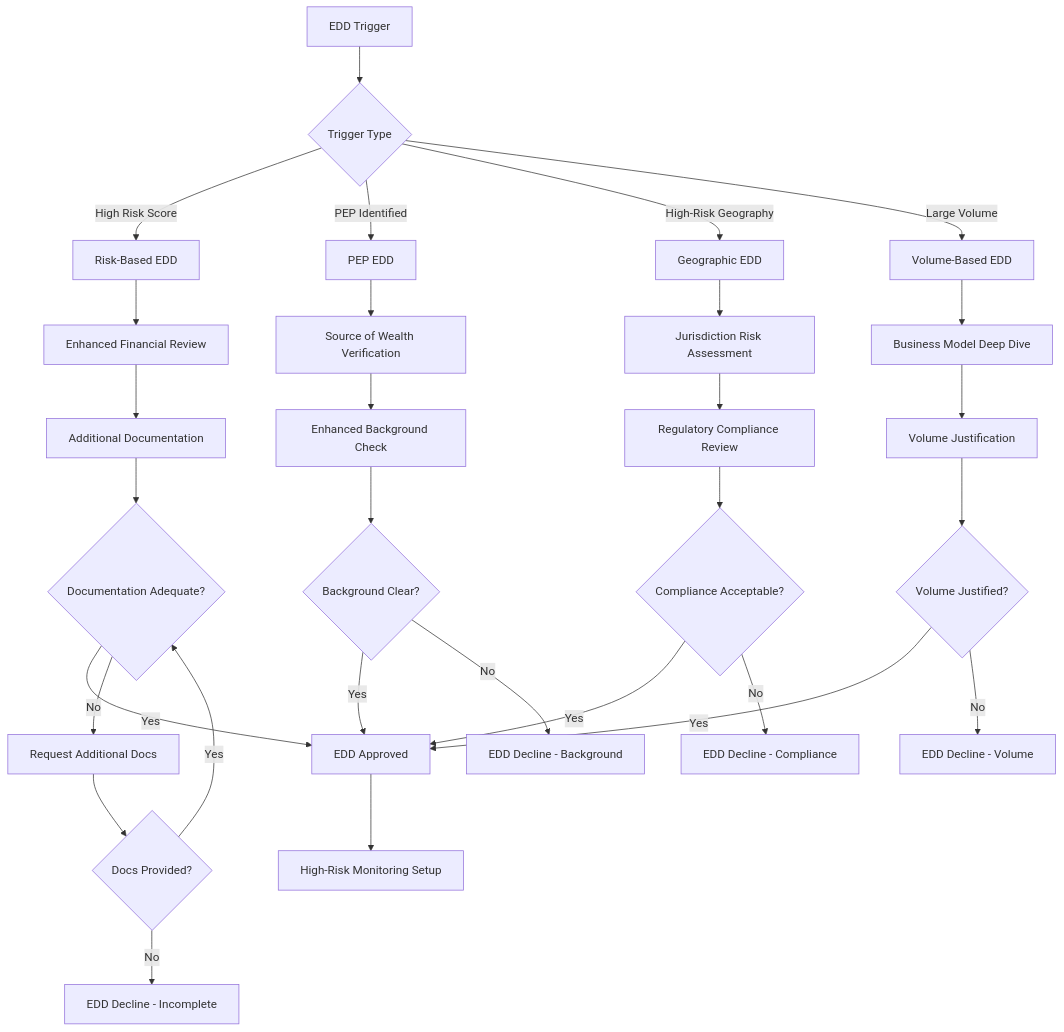
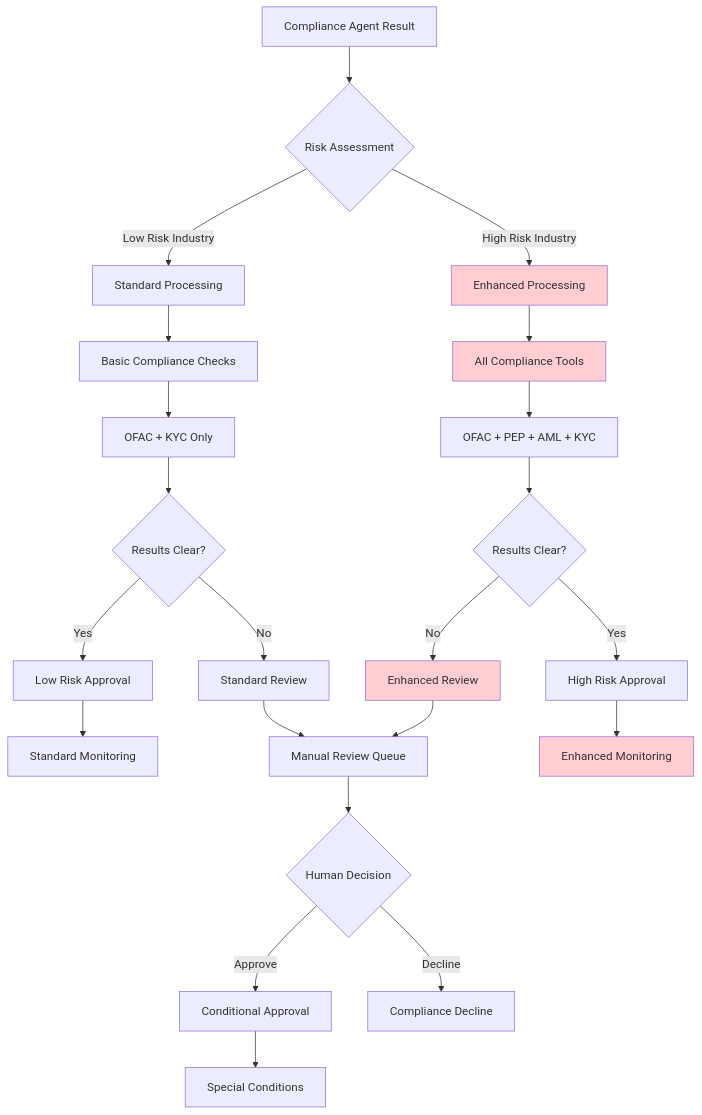
The fourth of 10 diagrams in merchant-onboarding/Compliance_Workflow_Diagrams.md (rishi154/merchant-onboarding), drawn with Mermaid before and after one commit. The commit also changed other lines of this file and 20 other files, not shown here.

````diff
--- a/merchant-onboarding/Compliance_Workflow_Diagrams.md
+++ b/merchant-onboarding/Compliance_Workflow_Diagrams.md
@@ -187,38 +149,38 @@
 ```mermaid
 flowchart TB
-    A[EDD Trigger] --> B{Trigger Type}
-    B -->|High Risk Score| C[Risk-Based EDD]
-    B -->|PEP Identified| D[PEP EDD]
-    B -->|High-Risk Geography| E[Geographic EDD]
-    B -->|Large Volume| F[Volume-Based EDD]
+    A[Compliance Agent Result] --> B{Risk Assessment}
     
-    C --> G[Enhanced Financial Review]
-    D --> H[Source of Wealth Verification]
-    E --> I[Jurisdiction Risk Assessment]
-    F --> J[Business Model Deep Dive]
+    B -->|Low Risk Industry| C[Standard Processing]
+    B -->|High Risk Industry| D[Enhanced Processing]
     
-    G --> K[Additional Documentation]
-    H --> L[Enhanced Background Check]
-    I --> M[Regulatory Compliance Review]
-    J --> N[Volume Justification]
+    C --> E[Basic Compliance Checks]
+    D --> F[All Compliance Tools]
     
-    K --> O{Documentation Adequate?}
-    L --> P{Background Clear?}
-    M --> Q{Compliance Acceptable?}
-    N --> R{Volume Justified?}
+    E --> G[OFAC + KYC Only]
+    F --> H[OFAC + PEP + AML + KYC]
     
-    O -->|Yes| S[EDD Approved]
-    O -->|No| T[Request Additional Docs]
-    P -->|Yes| S
-    P -->|No| U[EDD Decline - Background]
-    Q -->|Yes| S
-    Q -->|No| V[EDD Decline - Compliance]
-    R -->|Yes| S
-    R -->|No| W[EDD Decline - Volume]
+    G --> I{Results Clear?}
+    H --> J{Results Clear?}
     
-    T --> X{Docs Provided?}
-    X -->|Yes| O
-    X -->|No| Y[EDD Decline - Incomplete]
+    I -->|Yes| K[Low Risk Approval]
+    I -->|No| L[Standard Review]
     
-    S --> Z[High-Risk Monitoring Setup]
+    J -->|Yes| M[High Risk Approval]
+    J -->|No| N[Enhanced Review]
+    
+    K --> O[Standard Monitoring]
+    L --> P[Manual Review Queue]
+    M --> Q[Enhanced Monitoring]
+    N --> P
+    
+    P --> R{Human Decision}
+    R -->|Approve| S[Conditional Approval]
+    R -->|Decline| T[Compliance Decline]
+    
+    S --> U[Special Conditions]
+    
+    style D fill:#ffcdd2
+    style F fill:#ffcdd2
+    style N fill:#ffcdd2
+    style Q fill:#ffcdd2
 ```
````
